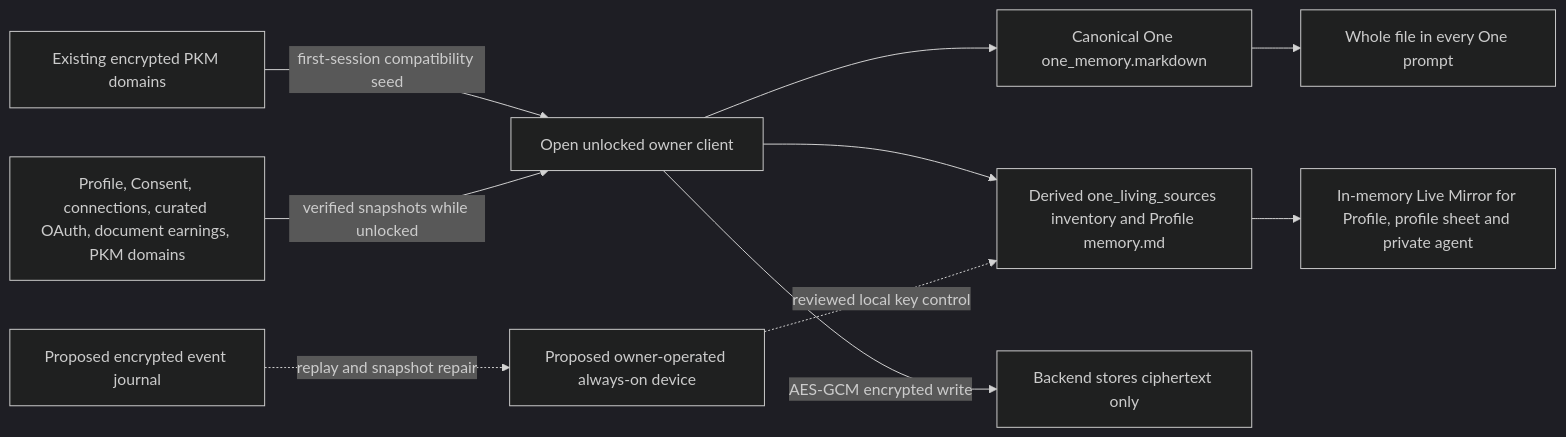
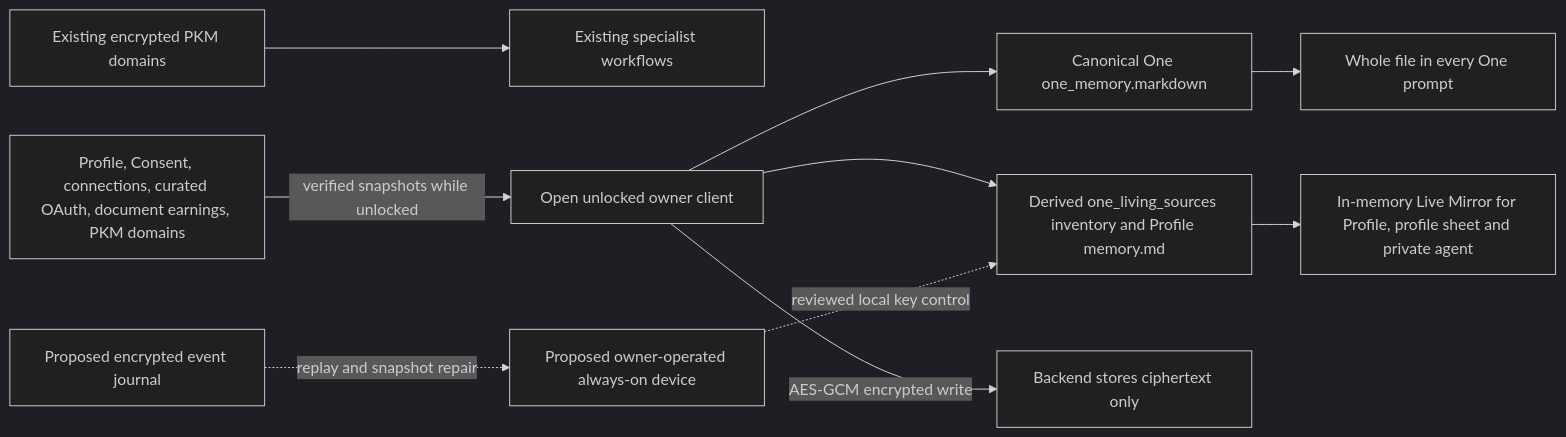
Before and after one commit to hushh-labs/hushh-research: the diagram in docs/reference/architecture/living-memory-freshness-adr.md, drawn with Mermaid (dark theme). The commit also changed other lines of this file and 27 other files, not shown here.

````diff
--- a/docs/reference/architecture/living-memory-freshness-adr.md
+++ b/docs/reference/architecture/living-memory-freshness-adr.md
@@ -8,12 +8,13 @@
 ```mermaid
 flowchart LR
-  Legacy[Existing encrypted PKM domains] -->|first-session compatibility seed| Client[Open unlocked owner client]
+  Legacy[Existing encrypted PKM domains] --> Specialists[Existing specialist workflows]
+  Client[Open unlocked owner client]
   Client --> ChatMemory[Canonical One one_memory.markdown]
   ChatMemory --> Prompt[Whole file in every One prompt]
   Sources[Profile, Consent, connections, curated OAuth, document earnings, PKM domains] -->|verified snapshots while unlocked| Client
   Client --> Living[Derived one_living_sources inventory and Profile memory.md]
   Living --> Mirror[In-memory Live Mirror for Profile, profile sheet and private agent]
   Client -->|AES-GCM encrypted write| Backend[Backend stores ciphertext only]
   Journal[Proposed encrypted event journal] -. replay and snapshot repair .-> Device[Proposed owner-operated always-on device]
   Device -. reviewed local key control .-> Living
 ```
````
